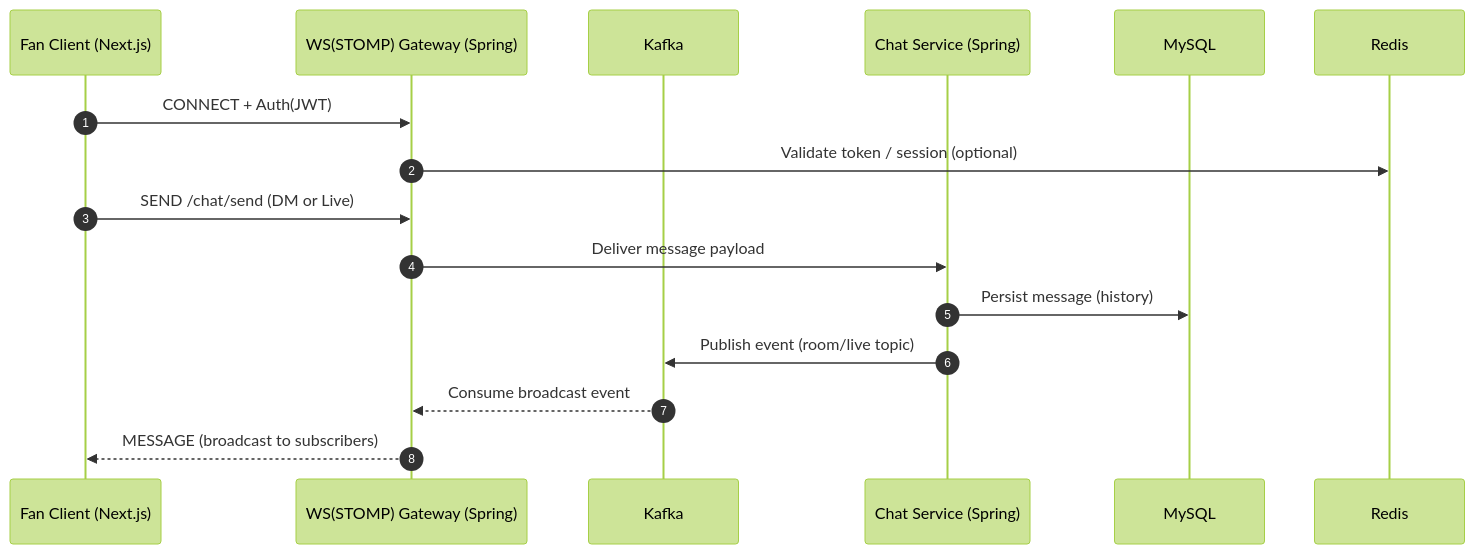
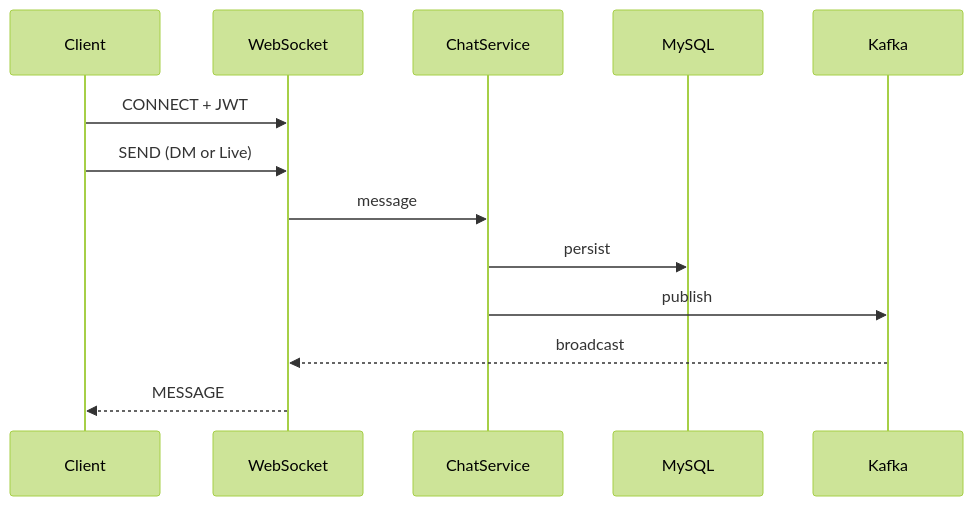
The second of 2 diagrams in readme.md (FanLinkProject/FanLinkProject), drawn with Mermaid (forest theme) before and after one commit. The commit also changed other lines of this file and 1 other file, not shown here.

````diff
--- a/readme.md
+++ b/readme.md
@@ -208,19 +164,15 @@
 ```mermaid
 sequenceDiagram
-  autonumber
-  participant Fan as Fan Client (Next.js)
-  participant WS as WS(STOMP) Gateway (Spring)
+  participant C as Client
+  participant WS as WebSocket
+  participant S as ChatService
+  participant DB as MySQL
   participant K as Kafka
-  participant S as Chat Service (Spring)
-  participant DB as MySQL
-  participant R as Redis
-
-  Fan->>WS: CONNECT + Auth(JWT)
-  WS->>R: Validate token / session (optional)
-  Fan->>WS: SEND /chat/send (DM or Live)
-  WS->>S: Deliver message payload
-  S->>DB: Persist message (history)
-  S->>K: Publish event (room/live topic)
-  K-->>WS: Consume broadcast event
-  WS-->>Fan: MESSAGE (broadcast to subscribers)
+  C->>WS: CONNECT + JWT
+  C->>WS: SEND (DM or Live)
+  WS->>S: message
+  S->>DB: persist
+  S->>K: publish
+  K-->>WS: broadcast
+  WS-->>C: MESSAGE
 ```
````
